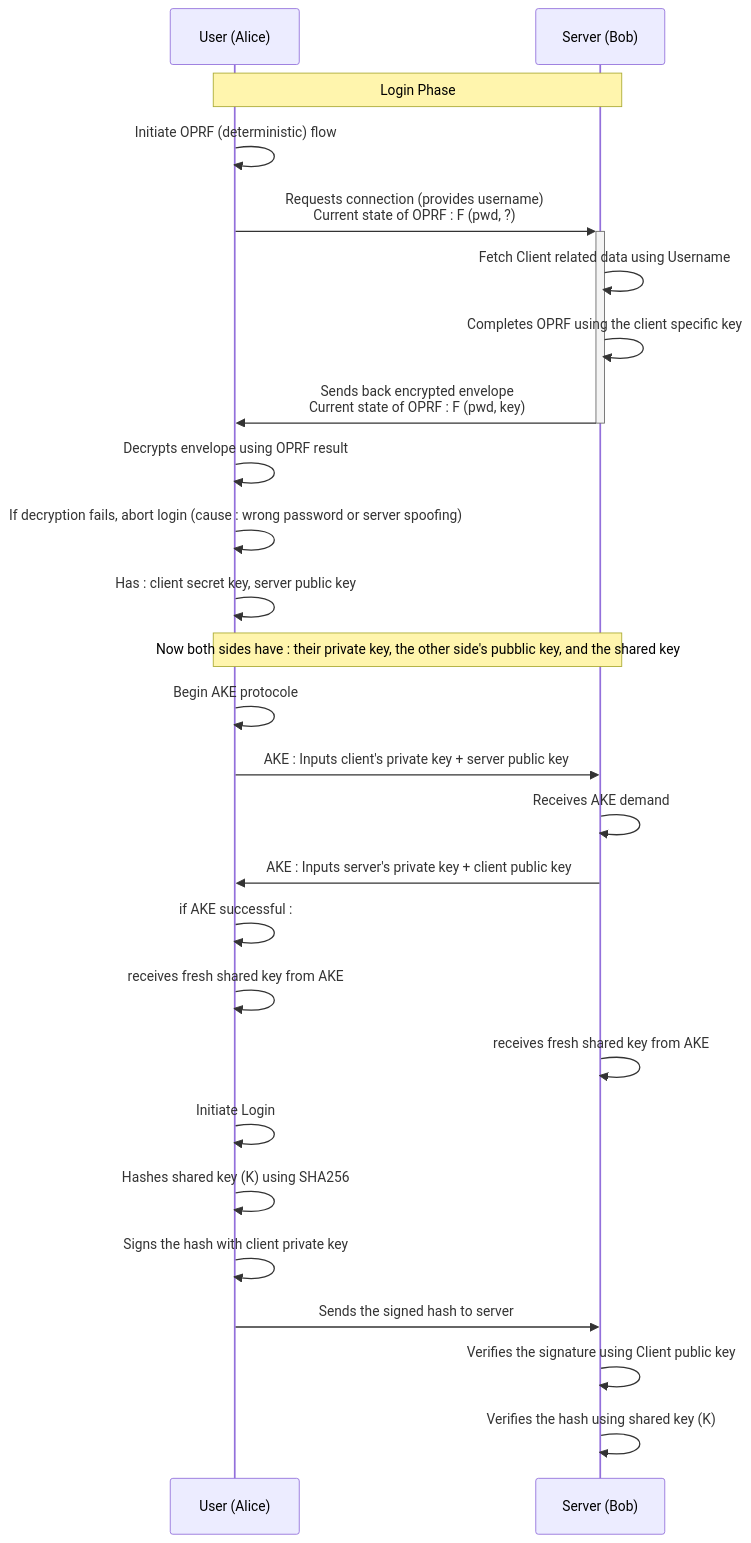
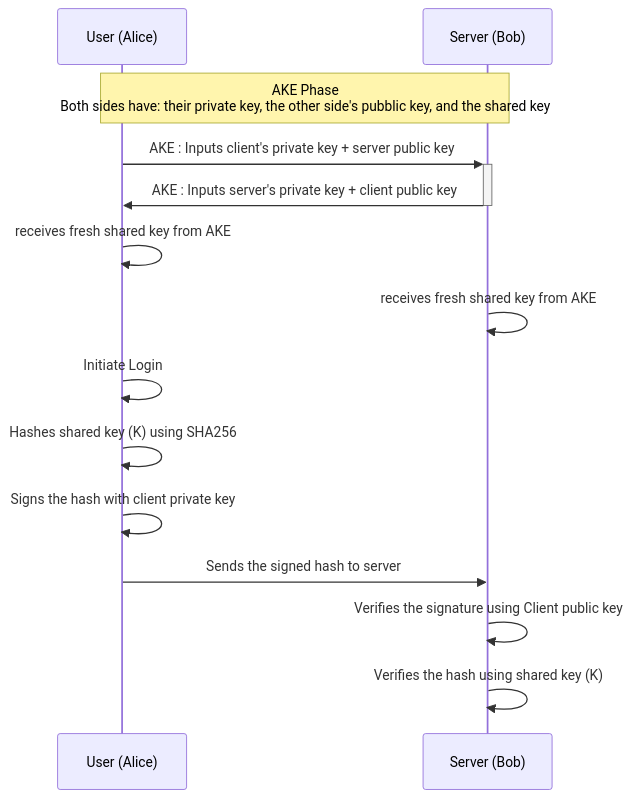
One commit to GuillaumeDorschner/ESILV-Cryptography-S8-2 changed the fourth of 4 diagrams in README.md. Above: the diagram before and after it, drawn with Mermaid. The commit also changed other lines of this file, not shown here.

Commit message:
refine diagram

````diff
--- a/README.md
+++ b/README.md
@@ -106,30 +110,17 @@
     ```mermaid
     sequenceDiagram
     participant U as User (Alice)
     participant S as Server (Bob)
 
-    Note over U,S: Login Phase
-        U->>U: Initiate OPRF (deterministic) flow
-        U->>+S: Requests connection (provides username) <br> Current state of OPRF : F (pwd, ?)
-        S->>S: Fetch Client related data using Username
-        S->>S: Completes OPRF using the client specific key
-        S->>-U: Sends back encrypted envelope <br> Current state of OPRF : F (pwd, key)
-        U->>U: Decrypts envelope using OPRF result
-        U->>U: If decryption fails, abort login (cause : wrong password or server spoofing)
-        U->>U: Has : client secret key, server public key
-
-    Note over U,S: Now both sides have : their private key, the other side's pubblic key, and the shared key
-        U->>U: Begin AKE protocole
-        U->>S: AKE : Inputs client's private key + server public key
-        S->>S: Receives AKE demand
-        S->>U: AKE : Inputs server's private key + client public key
-        U->>U: if AKE  successful :
+    Note over U,S: AKE Phase <br> Both sides have: their private key, the other side's pubblic key, and the shared key
+        U->>+S: AKE : Inputs client's private key + server public key
+        S->>-U: AKE : Inputs server's private key + client public key
         U->>U: receives fresh shared key from AKE
         S->>S: receives fresh shared key from AKE
         U->>U: Initiate Login
         U->>U: Hashes shared key (K) using SHA256
         U->>U: Signs the hash with client private key
         U->>S: Sends the signed hash to server
         S->>S: Verifies the signature using Client public key
         S->>S: Verifies the hash using shared key (K)
     ```
````
